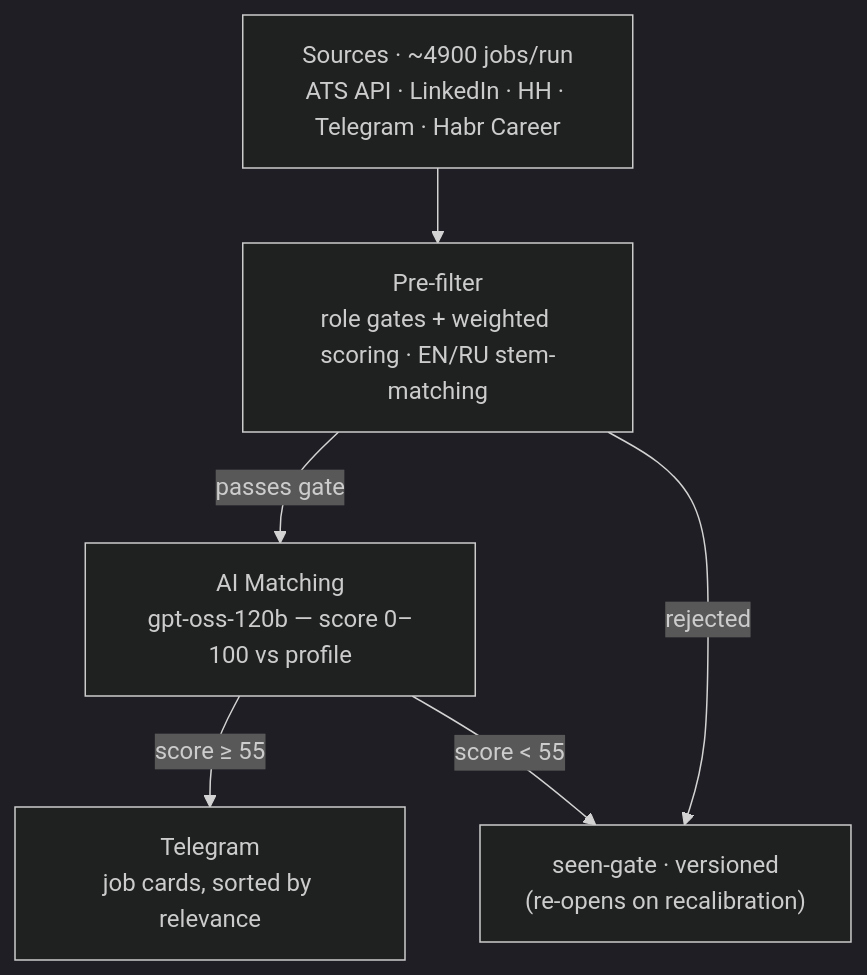
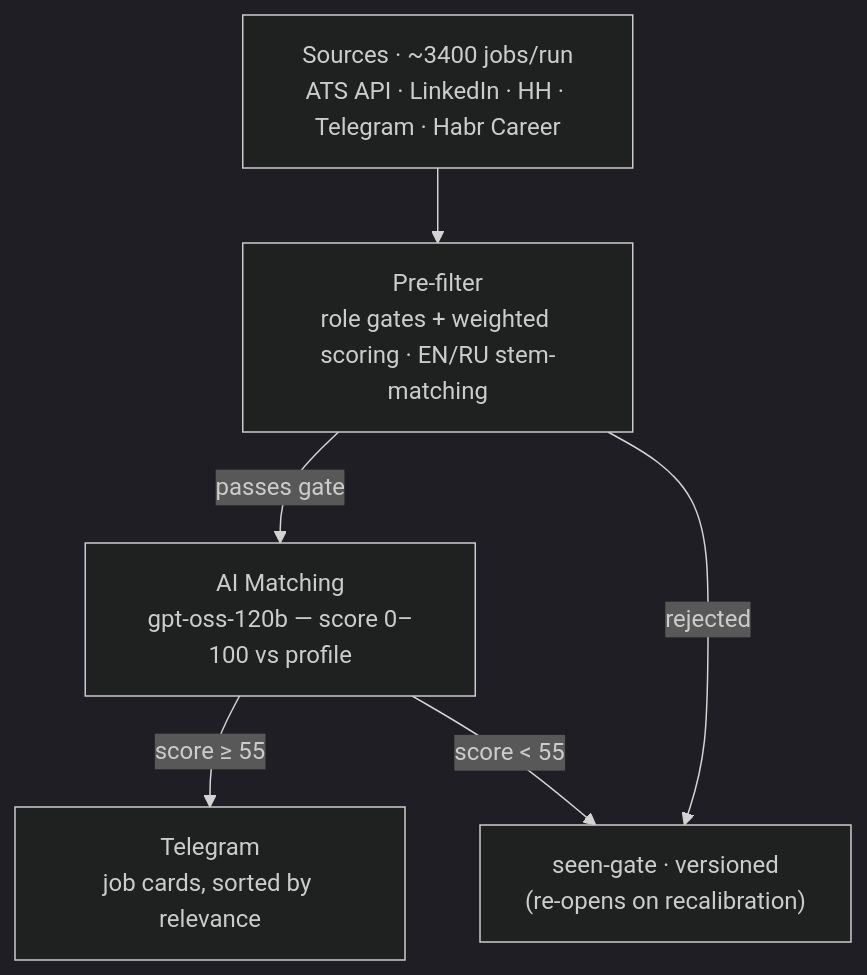
Before and after one commit to Aleksandr-Sit/job-hunter: the diagram in README.md, drawn with Mermaid (dark theme). The commit also changed other lines of this file, not shown here.

````diff
--- a/README.md
+++ b/README.md
@@ -23,8 +23,8 @@
 ```mermaid
 flowchart TD
-    A["Sources · ~4900 jobs/run<br/>ATS API · LinkedIn · HH · Telegram · Habr Career"] --> B["Pre-filter<br/>role gates + weighted scoring · EN/RU stem-matching"]
+    A["Sources · ~3400 jobs/run<br/>ATS API · LinkedIn · HH · Telegram · Habr Career"] --> B["Pre-filter<br/>role gates + weighted scoring · EN/RU stem-matching"]
     B -->|passes gate| C["AI Matching<br/>gpt-oss-120b — score 0–100 vs profile"]
     B -->|rejected| X["seen-gate · versioned<br/>(re-opens on recalibration)"]
     C -->|score &ge; 55| D["Telegram<br/>job cards, sorted by relevance"]
     C -->|score &lt; 55| X
 ```
````
